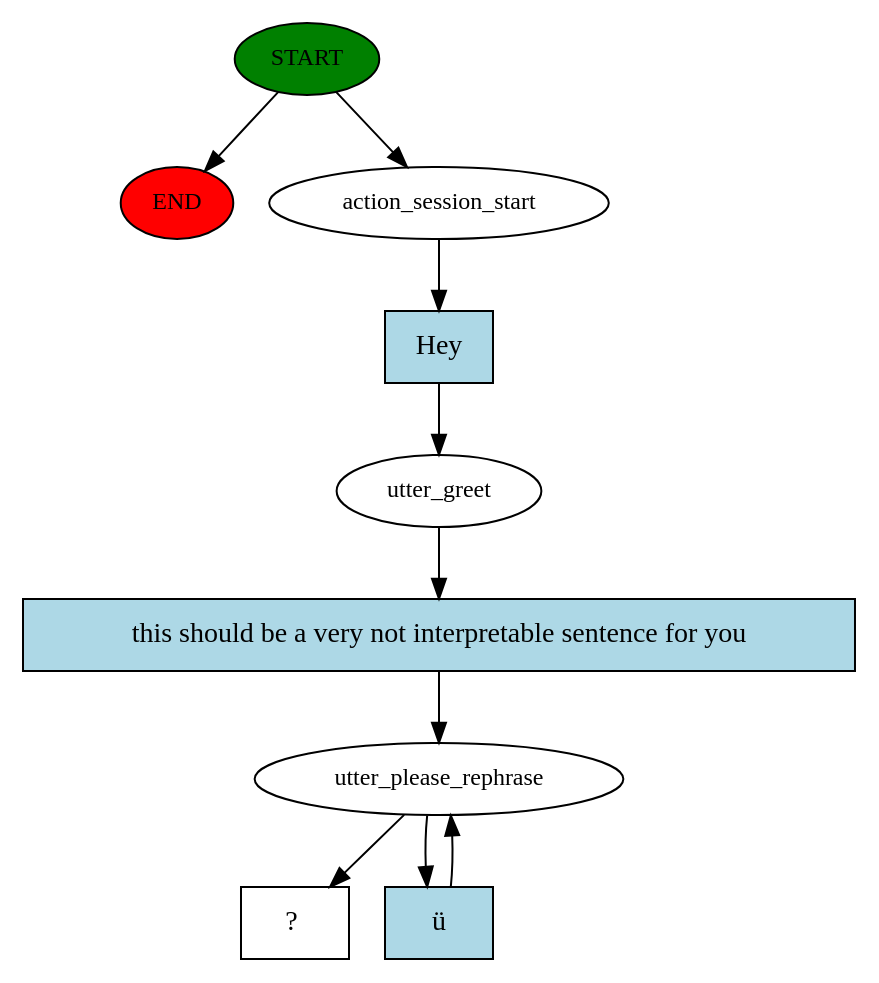
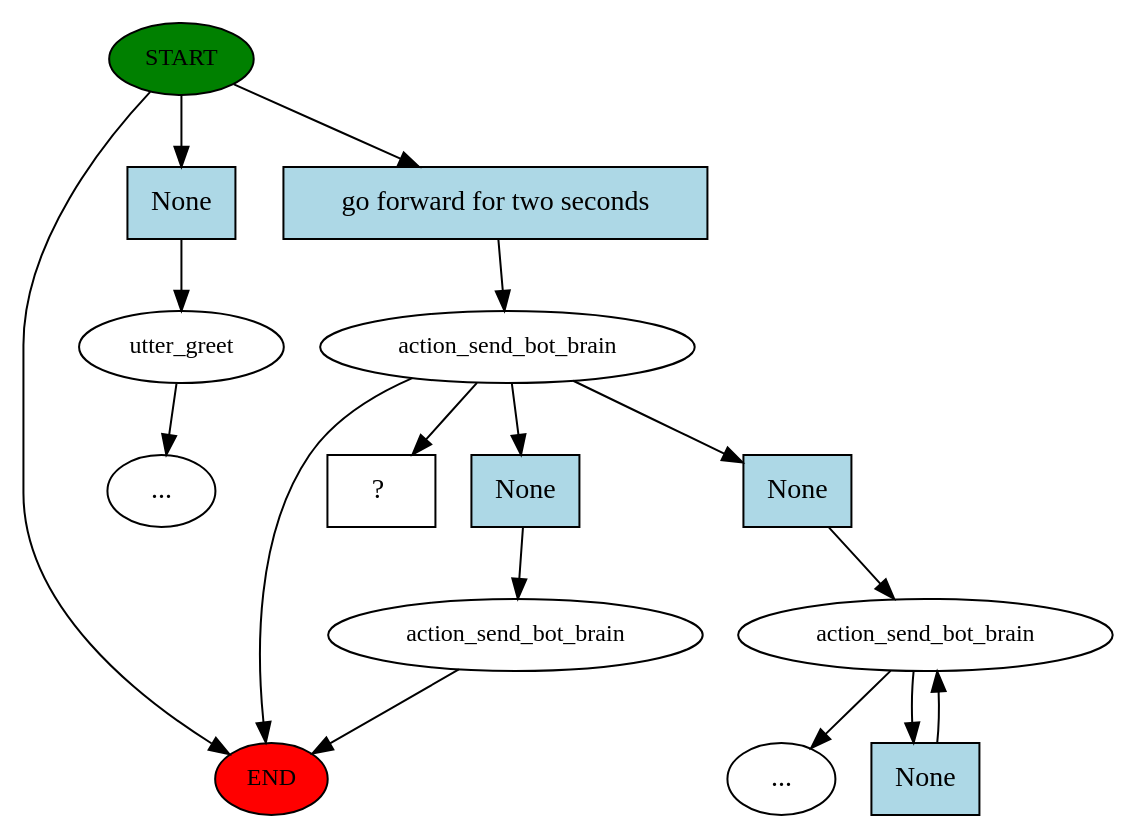
The diagram in dialog_manager/rasa_dm/story_graph.dot (MaikePaetzel/minetest-agent), drawn with Graphviz before and after one commit. The commit also changed 9 other files, not shown here.

```diff
--- a/dialog_manager/rasa_dm/story_graph.dot
+++ b/dialog_manager/rasa_dm/story_graph.dot
@@ -1,20 +1,32 @@
 digraph  {
 0 [class="start active", fillcolor=green, fontsize=12, label=START, style=filled];
 "-1" [class=end, fillcolor=red, fontsize=12, label=END, style=filled];
-1 [class=active, fontsize=12, label=action_session_start];
-2 [class=active, fontsize=12, label=utter_greet];
-3 [class=active, fontsize=12, label=utter_please_rephrase];
-5 [class="intent dashed active", label="  ?  ", shape=rect];
-6 [class="intent active", fillcolor=lightblue, label=Hey, shape=rect, style=filled];
-7 [class="intent active", fillcolor=lightblue, label="this should be a very not interpretable sentence for you", shape=rect, style=filled];
-8 [class="intent active", fillcolor=lightblue, label="ü", shape=rect, style=filled];
+1 [class="", fontsize=12, label=utter_greet];
+3 [class=active, fontsize=12, label=action_send_bot_brain];
+8 [class="", fontsize=12, label=action_send_bot_brain];
+"-5" [class=ellipsis, label="..."];
+11 [class="", fontsize=12, label=action_send_bot_brain];
+"-7" [class=ellipsis, label="..."];
+15 [class="intent dashed active", label="  ?  ", shape=rect];
+16 [class=intent, fillcolor=lightblue, label=None, shape=rect, style=filled];
+17 [class="intent active", fillcolor=lightblue, label="go forward for two seconds", shape=rect, style=filled];
+18 [class=intent, fillcolor=lightblue, label=None, shape=rect, style=filled];
+19 [class=intent, fillcolor=lightblue, label=None, shape=rect, style=filled];
+20 [class=intent, fillcolor=lightblue, label=None, shape=rect, style=filled];
 0 -> "-1"  [class="", key=NONE, label=""];
-0 -> 1  [class=active, key=NONE, label=""];
-1 -> 6  [class=active, key=0];
-2 -> 7  [class=active, key=0];
-3 -> 5  [class=active, key=NONE, label=""];
-3 -> 8  [class=active, key=0];
-6 -> 2  [class=active, key=0];
-7 -> 3  [class=active, key=0];
-8 -> 3  [class=active, key=0];
+0 -> 16  [class="", key=0];
+0 -> 17  [class=active, key=0];
+1 -> "-7"  [class="", key=NONE, label=""];
+3 -> "-1"  [class="", key=NONE, label=""];
+3 -> 15  [class=active, key=NONE, label=""];
+3 -> 18  [class="", key=0];
+3 -> 19  [class="", key=0];
+8 -> "-5"  [class="", key=NONE, label=""];
+8 -> 20  [class="", key=0];
+11 -> "-1"  [class="", key=NONE, label=""];
+16 -> 1  [class="", key=0];
+17 -> 3  [class=active, key=0];
+18 -> 8  [class="", key=0];
+19 -> 11  [class="", key=0];
+20 -> 8  [class="", key=0];
 }
```
